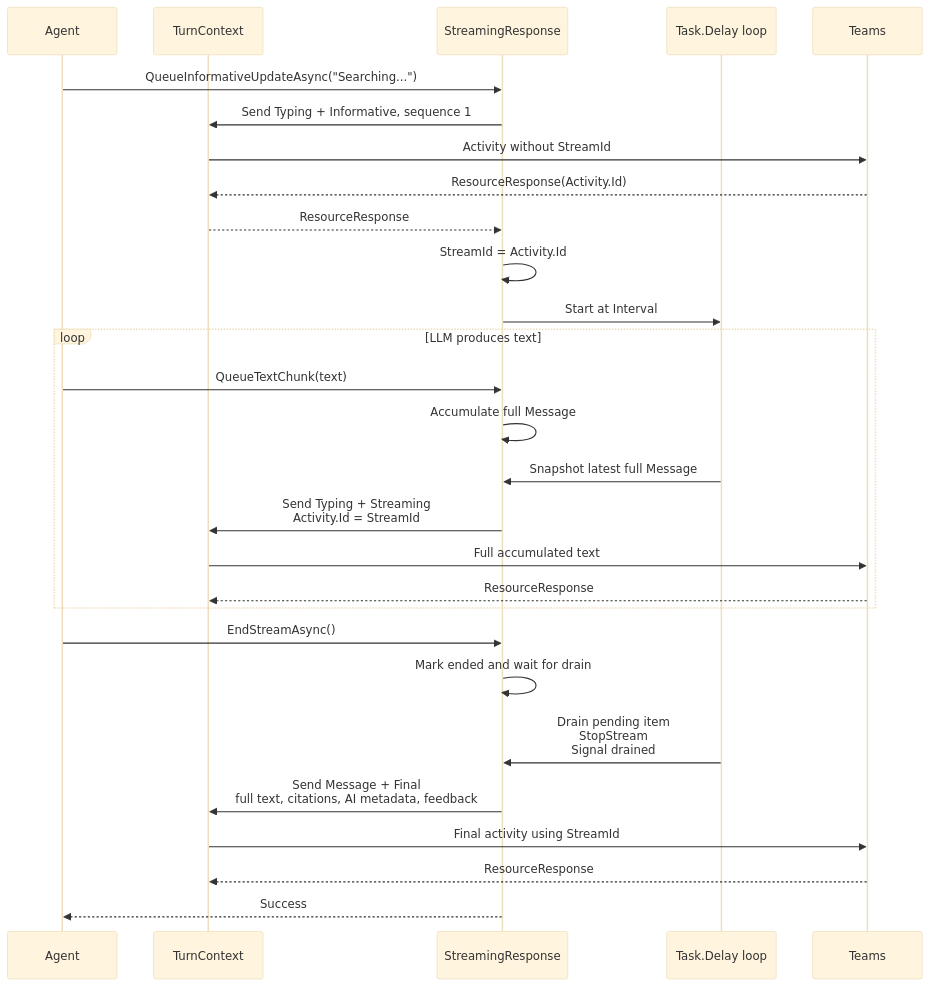
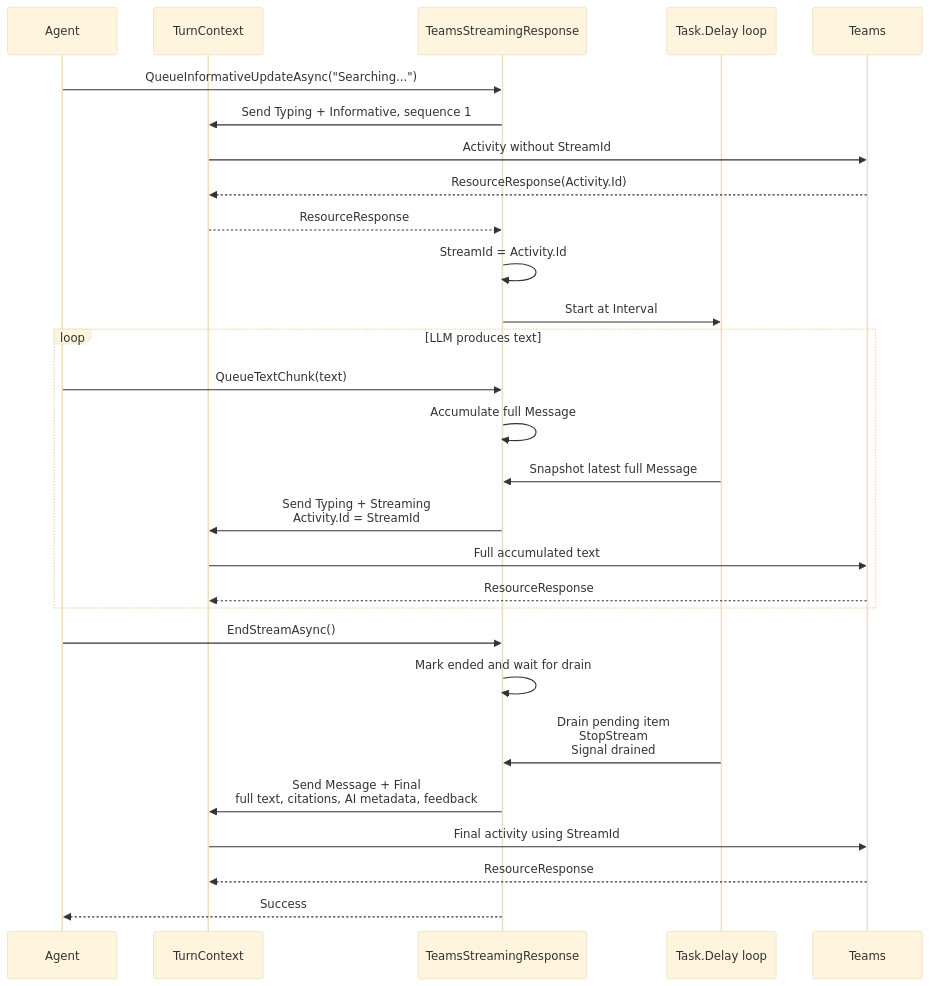
Before and after one commit to microsoft/Agents-for-net: the third of 7 diagrams in docs/streaming-response-sequence-diagram.md, drawn with Mermaid (base theme). The commit also changed other lines of this file and 12 other files, not shown here.

Commit message:
Added TeamsStreamingResponse

````diff
--- a/docs/streaming-response-sequence-diagram.md
+++ b/docs/streaming-response-sequence-diagram.md
@@ -104,33 +105,33 @@
 ```mermaid
 sequenceDiagram
     participant Agent
     participant Context as TurnContext
-    participant Response as StreamingResponse
+    participant Response as TeamsStreamingResponse
     participant Worker as Task.Delay loop
     participant Teams
 
     Agent->>Response: QueueInformativeUpdateAsync("Searching...")
     Response->>Context: Send Typing + Informative, sequence 1
     Context->>Teams: Activity without StreamId
     Teams-->>Context: ResourceResponse(Activity.Id)
     Context-->>Response: ResourceResponse
     Response->>Response: StreamId = Activity.Id
     Response->>Worker: Start at Interval
 
     loop LLM produces text
         Agent->>Response: QueueTextChunk(text)
         Response->>Response: Accumulate full Message
         Worker->>Response: Snapshot latest full Message
         Response->>Context: Send Typing + Streaming<br/>Activity.Id = StreamId
         Context->>Teams: Full accumulated text
         Teams-->>Context: ResourceResponse
     end
 
     Agent->>Response: EndStreamAsync()
     Response->>Response: Mark ended and wait for drain
     Worker->>Response: Drain pending item<br/>StopStream<br/>Signal drained
     Response->>Context: Send Message + Final<br/>full text, citations, AI metadata, feedback
     Context->>Teams: Final activity using StreamId
     Teams-->>Context: ResourceResponse
     Response-->>Agent: Success
 ```
````
